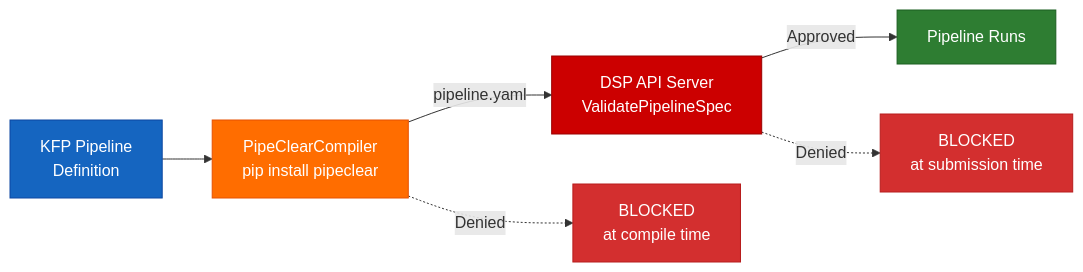
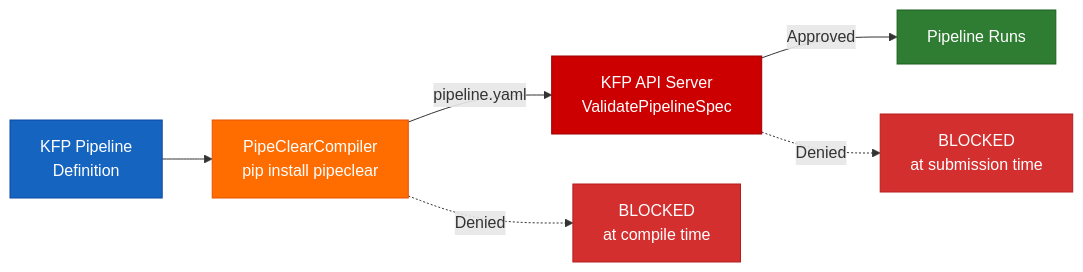
The first of 3 diagrams in README.md (ugiordan/pipeclear), drawn with Mermaid before and after one commit. The commit also changed other lines of this file, not shown here.

First line of the commit message:
docs: broaden README to cover upstream KFP, ODH, and RHOAI

````diff
--- a/README.md
+++ b/README.md
@@ -15,16 +17,16 @@
 ```mermaid
 flowchart LR
     A[KFP Pipeline\nDefinition] --> B[PipeClearCompiler\npip install pipeclear]
-    B -->|pipeline.yaml| C[DSP API Server\nValidatePipelineSpec]
+    B -->|pipeline.yaml| C[KFP API Server\nValidatePipelineSpec]
     C -->|Approved| D[Pipeline Runs]
 
     B -.->|Denied| E[BLOCKED\nat compile time]
     C -.->|Denied| F[BLOCKED\nat submission time]
 
     style A fill:#1565C0,stroke:#0D47A1,color:#fff
     style B fill:#FF6D00,stroke:#E65100,color:#fff
     style C fill:#CC0000,stroke:#990000,color:#fff
     style D fill:#2E7D32,stroke:#1B5E20,color:#fff
     style E fill:#D32F2F,stroke:#B71C1C,color:#fff
     style F fill:#D32F2F,stroke:#B71C1C,color:#fff
 ```
````
